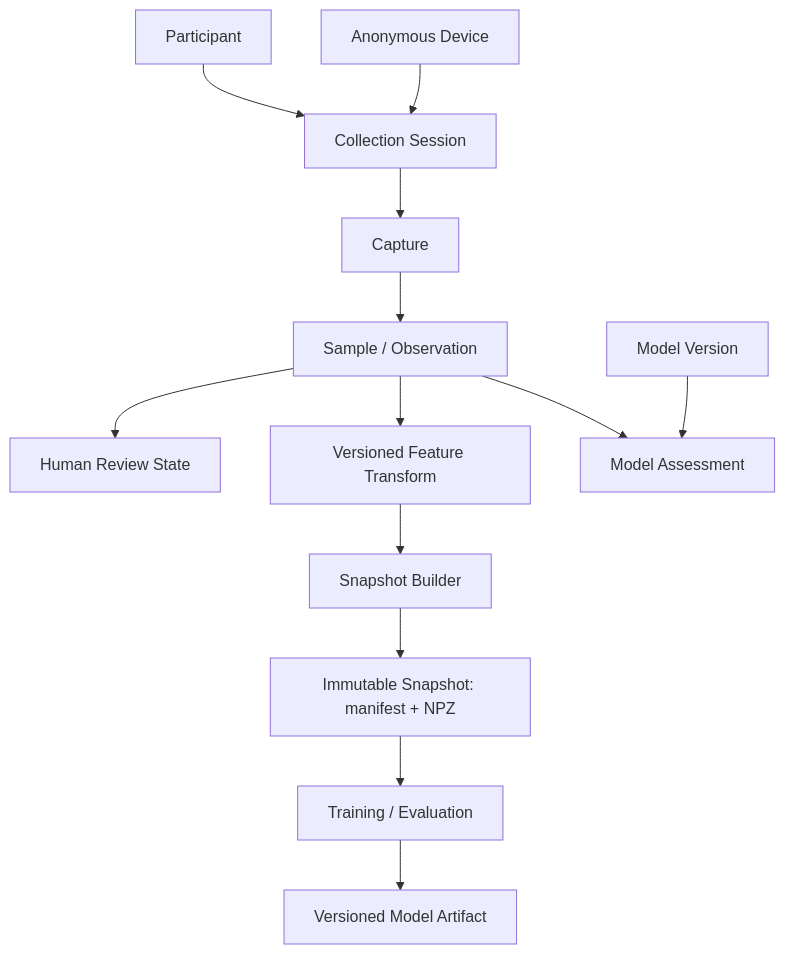
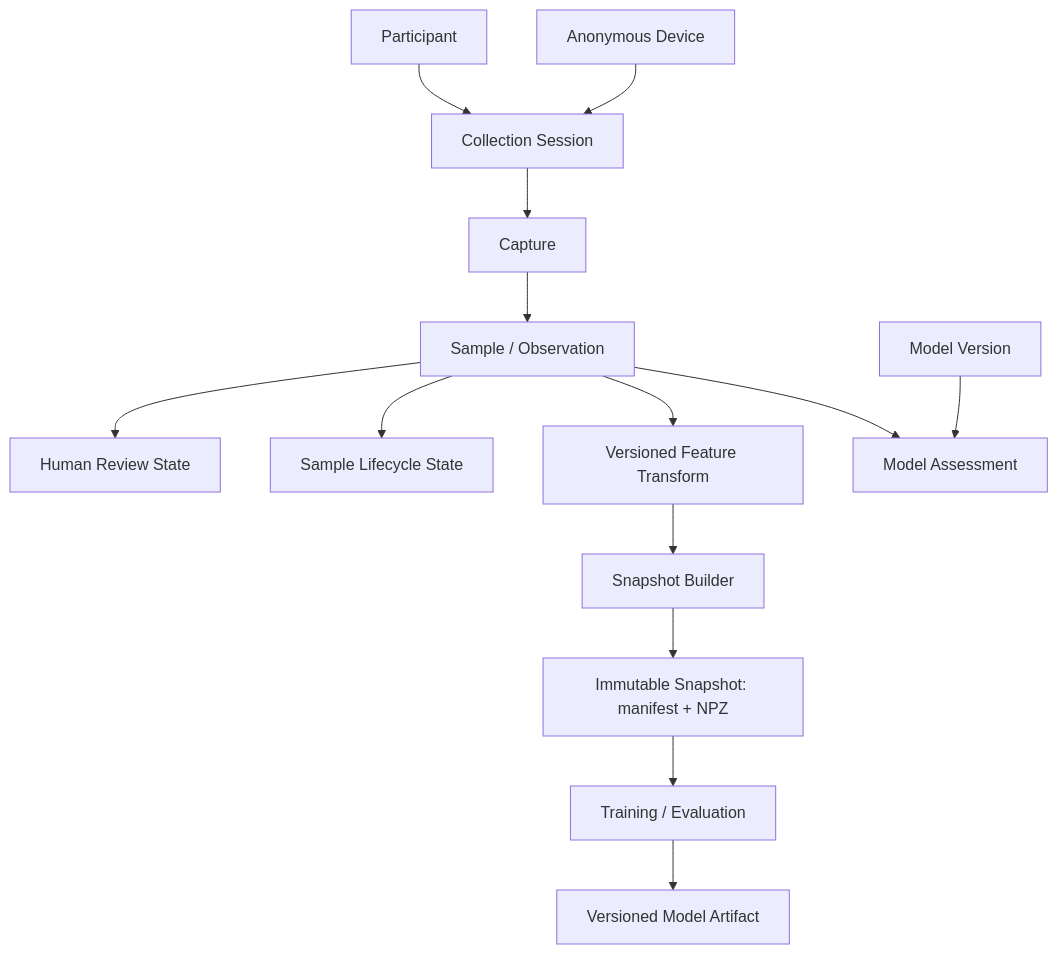
Before and after one commit to Abyss-Jc/Hand-D: the second of 2 diagrams in docs/reference/architecture.md, drawn with Mermaid. The commit also changed other lines of this file and 9 other files, not shown here.

Commit message:
docs: promote Hand-D v2 architecture after senior review

````diff
--- a/docs/reference/architecture.md
+++ b/docs/reference/architecture.md
@@ -228,15 +236,16 @@
 ```mermaid
 flowchart TD
     P[Participant] --> S[Collection Session]
     D[Anonymous Device] --> S
     S --> C[Capture]
     C --> O[Sample / Observation]
     O --> R[Human Review State]
+    O --> L[Sample Lifecycle State]
     O --> F[Versioned Feature Transform]
     F --> SB[Snapshot Builder]
     SB --> SNAP[Immutable Snapshot: manifest + NPZ]
     SNAP --> T[Training / Evaluation]
     T --> MA[Versioned Model Artifact]
     M[Model Version] --> A[Model Assessment]
     O --> A
 ```
````
